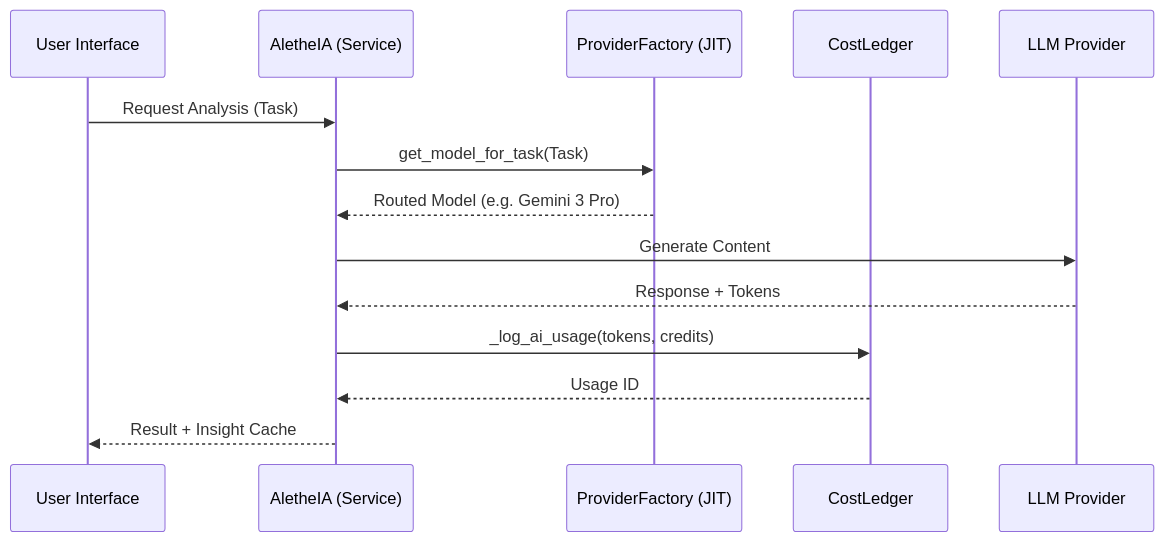
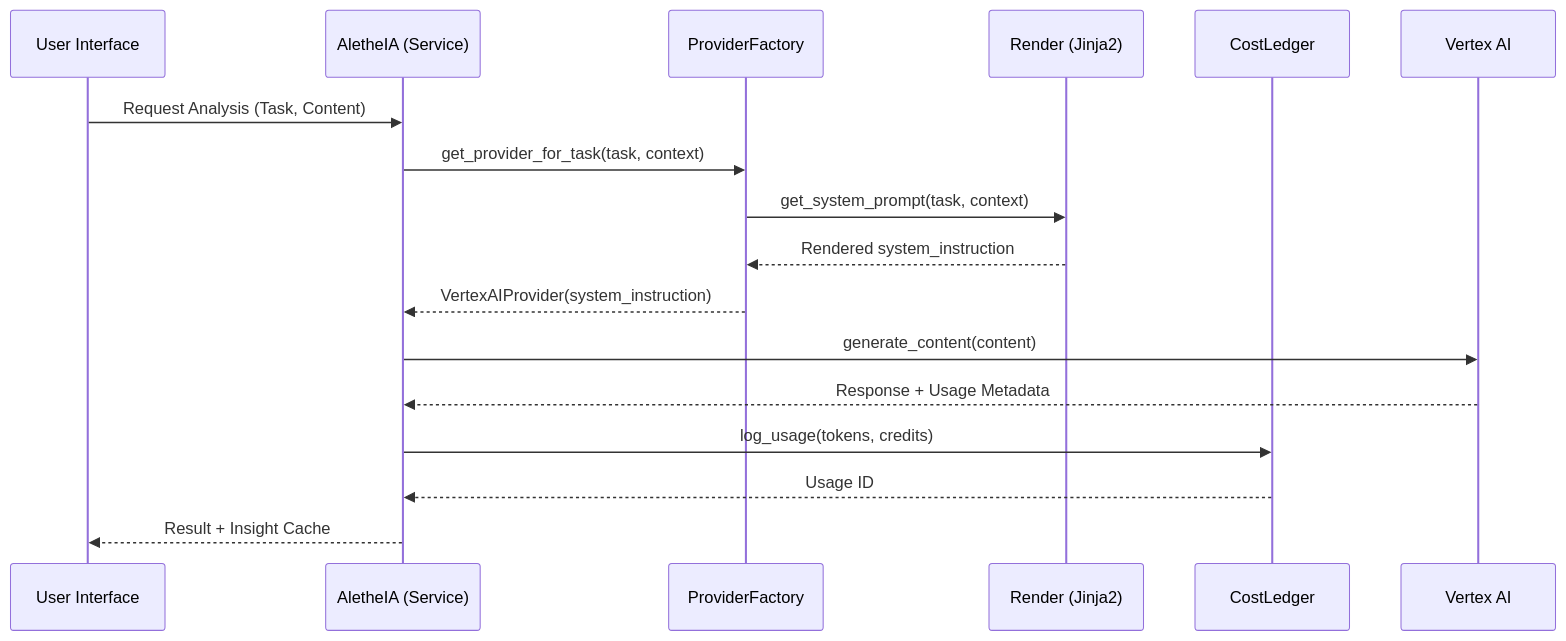
The third of 3 diagrams in docs/architecture/aletheia-system.md (HumbertCAT/kuraos), drawn with Mermaid before and after one commit. The commit also changed other lines of this file, not shown here.

First line of the commit message:
docs(aletheia): Update system architecture for v1.4.4

````diff
--- a/docs/architecture/aletheia-system.md
+++ b/docs/architecture/aletheia-system.md
@@ -319,17 +467,20 @@
 ```mermaid
 sequenceDiagram
     participant UI as User Interface
     participant AL as AletheIA (Service)
-    participant PF as ProviderFactory (JIT)
+    participant PF as ProviderFactory
+    participant RN as Render (Jinja2)
     participant CL as CostLedger
-    participant AI as LLM Provider
+    participant AI as Vertex AI
 
-    UI->>AL: Request Analysis (Task)
-    AL->>PF: get_model_for_task(Task)
-    PF-->>AL: Routed Model (e.g. Gemini 3 Pro)
-    AL->>AI: Generate Content
-    AI-->>AL: Response + Tokens
-    AL->>CL: _log_ai_usage(tokens, credits)
+    UI->>AL: Request Analysis (Task, Content)
+    AL->>PF: get_provider_for_task(task, context)
+    PF->>RN: get_system_prompt(task, context)
+    RN-->>PF: Rendered system_instruction
+    PF-->>AL: VertexAIProvider(system_instruction)
+    AL->>AI: generate_content(content)
+    AI-->>AL: Response + Usage Metadata
+    AL->>CL: log_usage(tokens, credits)
     CL-->>AL: Usage ID
     AL-->>UI: Result + Insight Cache
 ```
````
